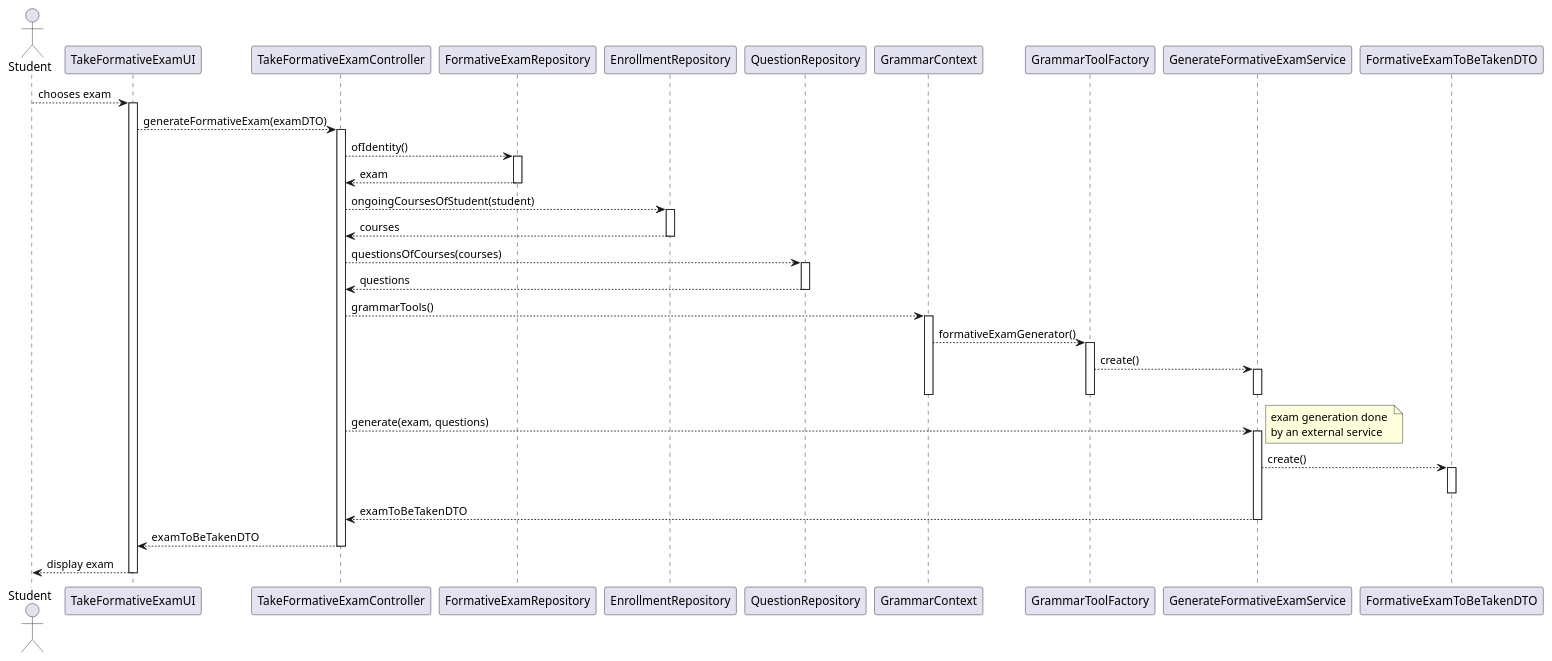
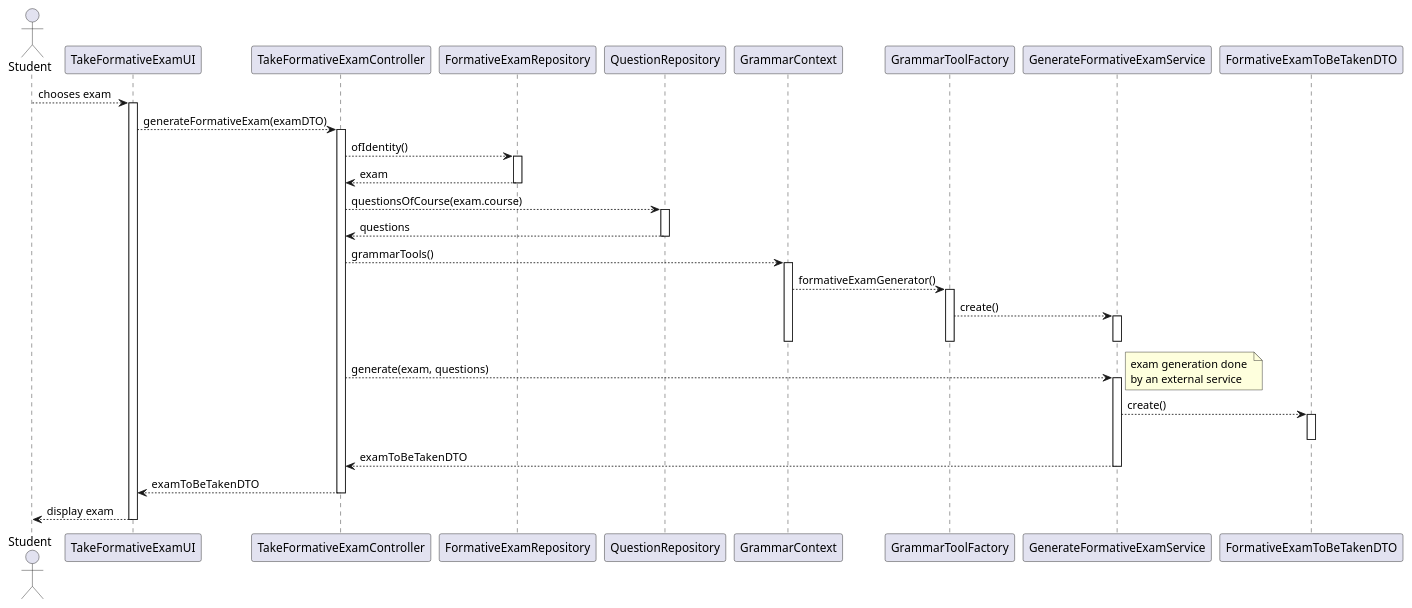
Before and after one commit to jovami/isep-lapr4: the diagram in docs/us_2009/2-fexam-to-be-taken.puml, drawn with PlantUML. The commit also changed 33 other files, not shown here.

```diff
--- a/docs/us_2009/2-fexam-to-be-taken.puml
+++ b/docs/us_2009/2-fexam-to-be-taken.puml
@@ -1,62 +1,56 @@
 @startuml
 
 actor Student as student
 
 participant TakeFormativeExamUI as ui
 participant TakeFormativeExamController as ctrl
 
 participant FormativeExamRepository as repo
-participant EnrollmentRepository as e_repo
 participant QuestionRepository as q_repo
 
 participant GrammarContext as ctx
 participant GrammarToolFactory as grepo
 
 participant GenerateFormativeExamService as svc
 participant FormativeExamToBeTakenDTO as dto
 
 student --> ui : chooses exam
 activate ui
     ui --> ctrl : generateFormativeExam(examDTO)
     activate ctrl
         ctrl --> repo : ofIdentity()
         activate repo
             repo --> ctrl : exam
         deactivate repo
 
-        ctrl --> e_repo : ongoingCoursesOfStudent(student)
-        activate e_repo
-            e_repo --> ctrl : courses
-        deactivate e_repo
-
-        ctrl --> q_repo : questionsOfCourses(courses)
+        ctrl --> q_repo : questionsOfCourse(exam.course)
         activate q_repo
             q_repo --> ctrl : questions
         deactivate q_repo
 
         ctrl --> ctx : grammarTools()
         activate ctx
             ctx --> grepo : formativeExamGenerator()
             activate grepo
                 grepo --> svc : create()
                 activate svc
                 deactivate svc
             deactivate grepo
         deactivate ctx
 
         ctrl --> svc : generate(exam, questions)
         activate svc
             note right: exam generation done \nby an external service
             svc --> dto : create()
             activate dto
             deactivate dto
             svc --> ctrl : examToBeTakenDTO
         deactivate svc
 
         ctrl --> ui : examToBeTakenDTO
     deactivate ctrl
 
     ui --> student : display exam
 deactivate ui
 
 @enduml
```
